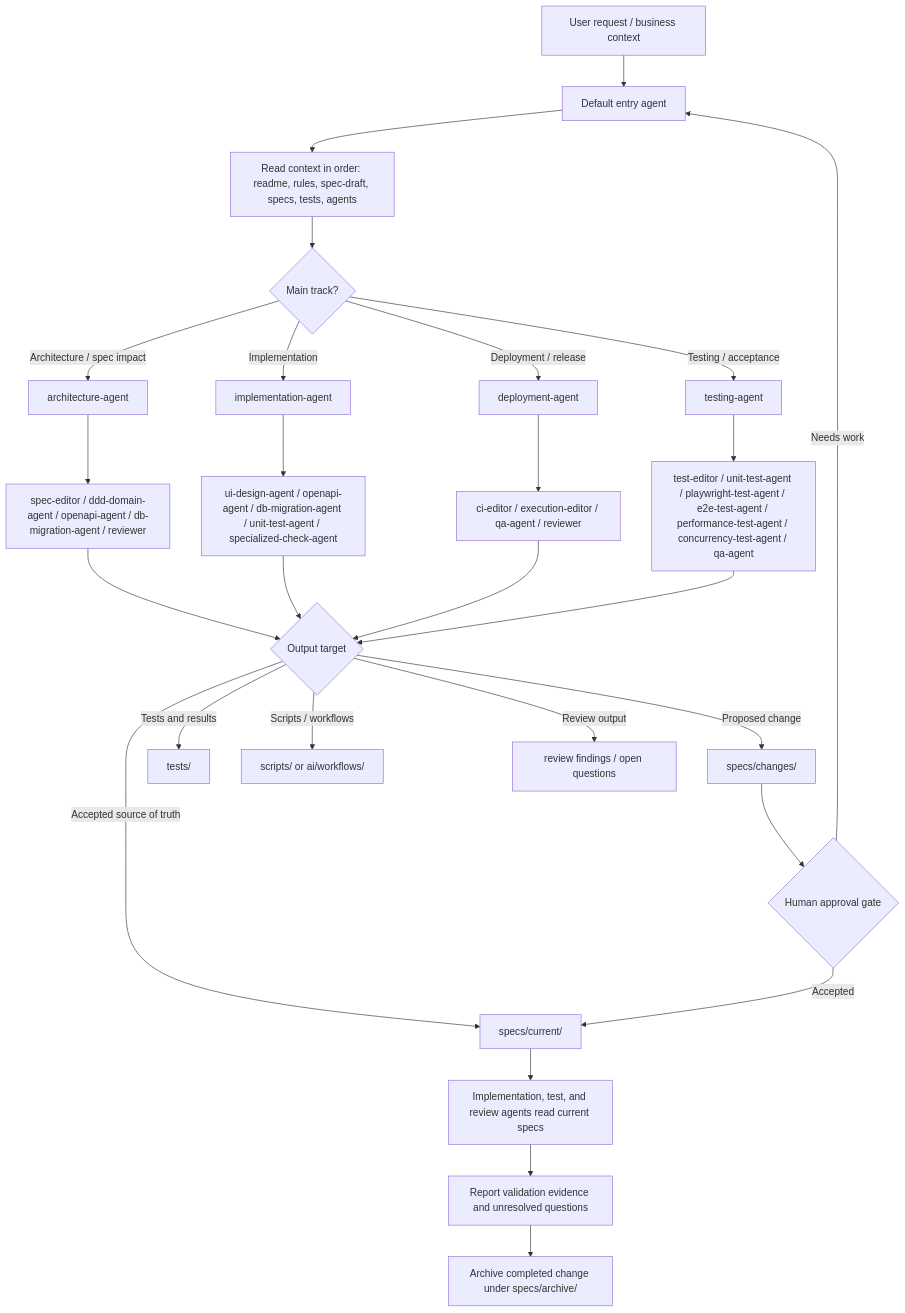
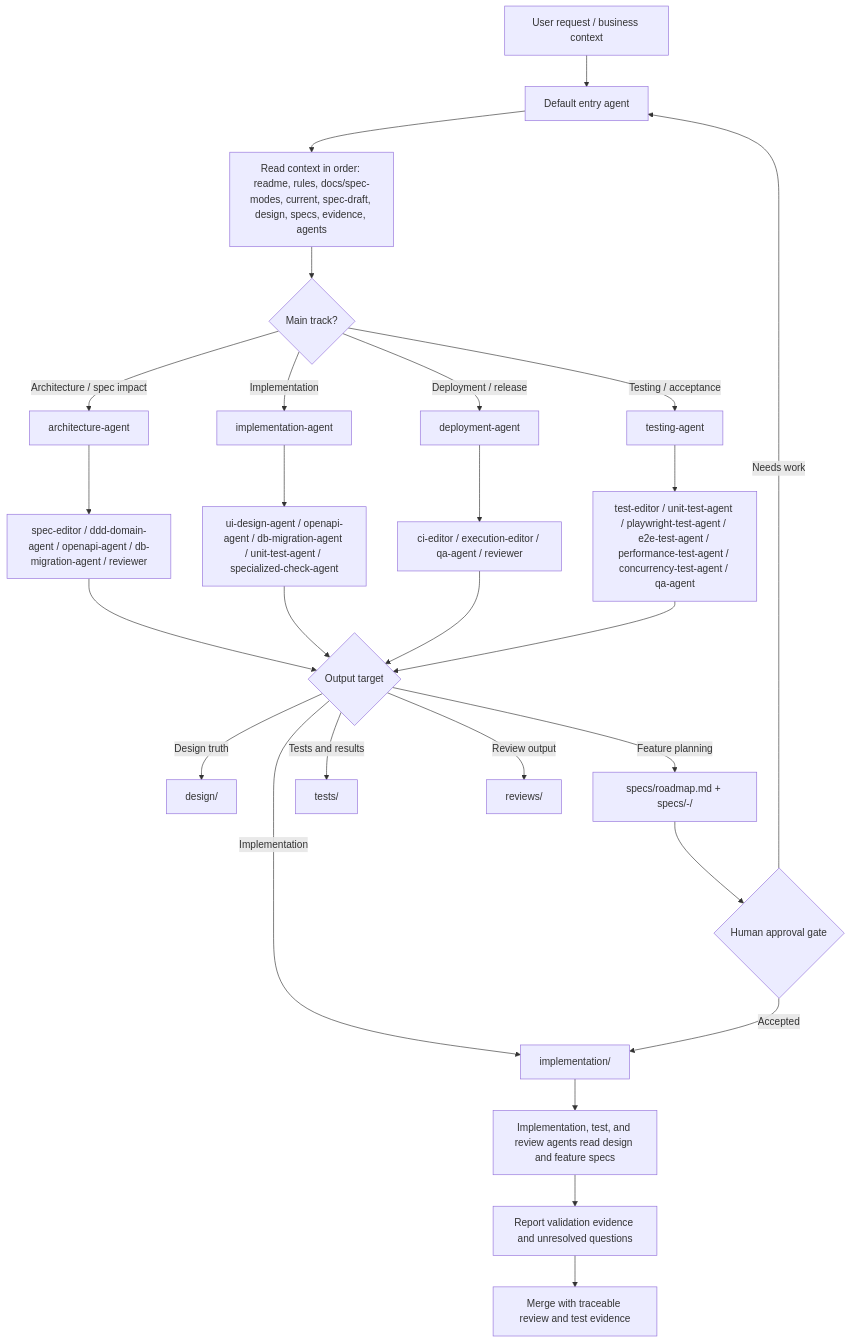
Before and after one commit to liquiid727/SpecOps-Web-Console: the first of 2 diagrams in .agents/README.md, drawn with Mermaid. The commit also changed other lines of this file and 458 other files, not shown here.

````diff
--- a/.agents/README.md
+++ b/.agents/README.md
@@ -80,34 +148,34 @@
 ```mermaid
 flowchart TD
   A["User request / business context"] --> B["Default entry agent"]
-  B --> C["Read context in order: readme, rules, spec-draft, specs, tests, agents"]
+  B --> C["Read context in order: readme, rules, docs/spec-modes, current, spec-draft, design, specs, evidence, agents"]
   C --> D{"Main track?"}
 
   D -->|Architecture / spec impact| E["architecture-agent"]
   D -->|Implementation| F["implementation-agent"]
   D -->|Deployment / release| G["deployment-agent"]
   D -->|Testing / acceptance| H["testing-agent"]
 
   E --> E1["spec-editor / ddd-domain-agent / openapi-agent / db-migration-agent / reviewer"]
   F --> F1["ui-design-agent / openapi-agent / db-migration-agent / unit-test-agent / specialized-check-agent"]
   G --> G1["ci-editor / execution-editor / qa-agent / reviewer"]
   H --> H1["test-editor / unit-test-agent / playwright-test-agent / e2e-test-agent / performance-test-agent / concurrency-test-agent / qa-agent"]
 
   E1 --> Q{"Output target"}
   F1 --> Q
   G1 --> Q
   H1 --> Q
 
-  Q -->|Proposed change| R["specs/changes/<change-id>"]
-  Q -->|Accepted source of truth| S["specs/current/"]
-  Q -->|Tests and results| T["tests/"]
-  Q -->|Scripts / workflows| U["scripts/ or ai/workflows/"]
-  Q -->|Review output| V["review findings / open questions"]
+  Q -->|Design truth| R["design/"]
+  Q -->|Feature planning| S["specs/roadmap.md + specs/<SPEC-ID>-<slug>/"]
+  Q -->|Implementation| T["implementation/"]
+  Q -->|Tests and results| U["tests/"]
+  Q -->|Review output| V["reviews/"]
 
-  R --> W{"Human approval gate"}
-  W -->|Accepted| S
+  S --> W{"Human approval gate"}
+  W -->|Accepted| T
   W -->|Needs work| B
-  S --> X["Implementation, test, and review agents read current specs"]
+  T --> X["Implementation, test, and review agents read design and feature specs"]
   X --> Y["Report validation evidence and unresolved questions"]
-  Y --> Z["Archive completed change under specs/archive/"]
+  Y --> Z["Merge with traceable review and test evidence"]
 ```
````
